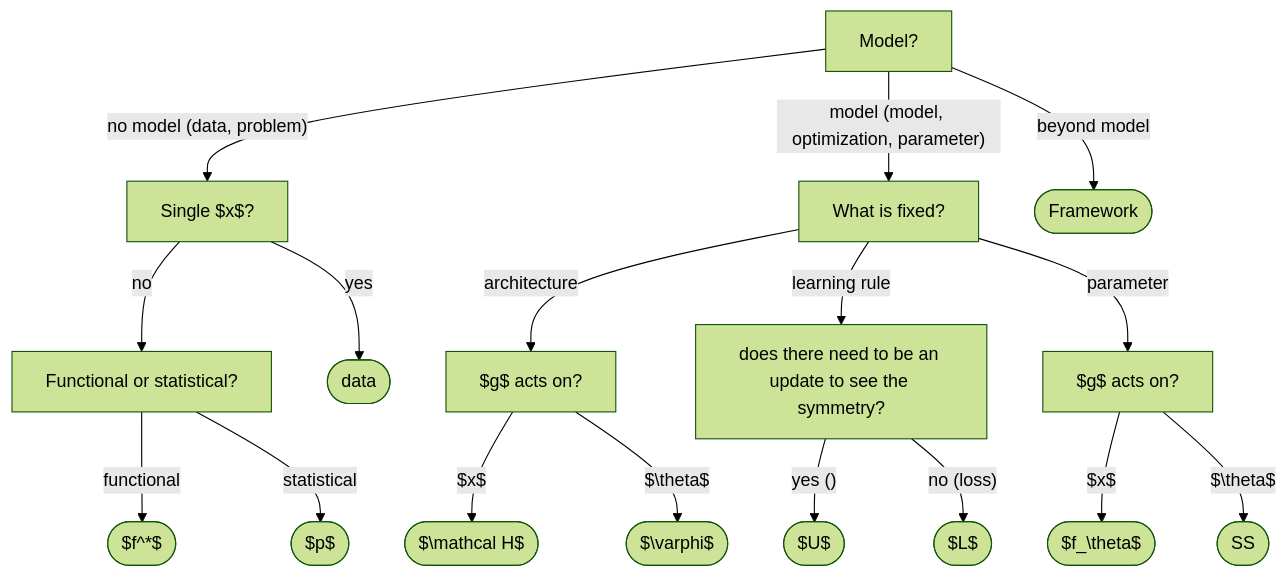
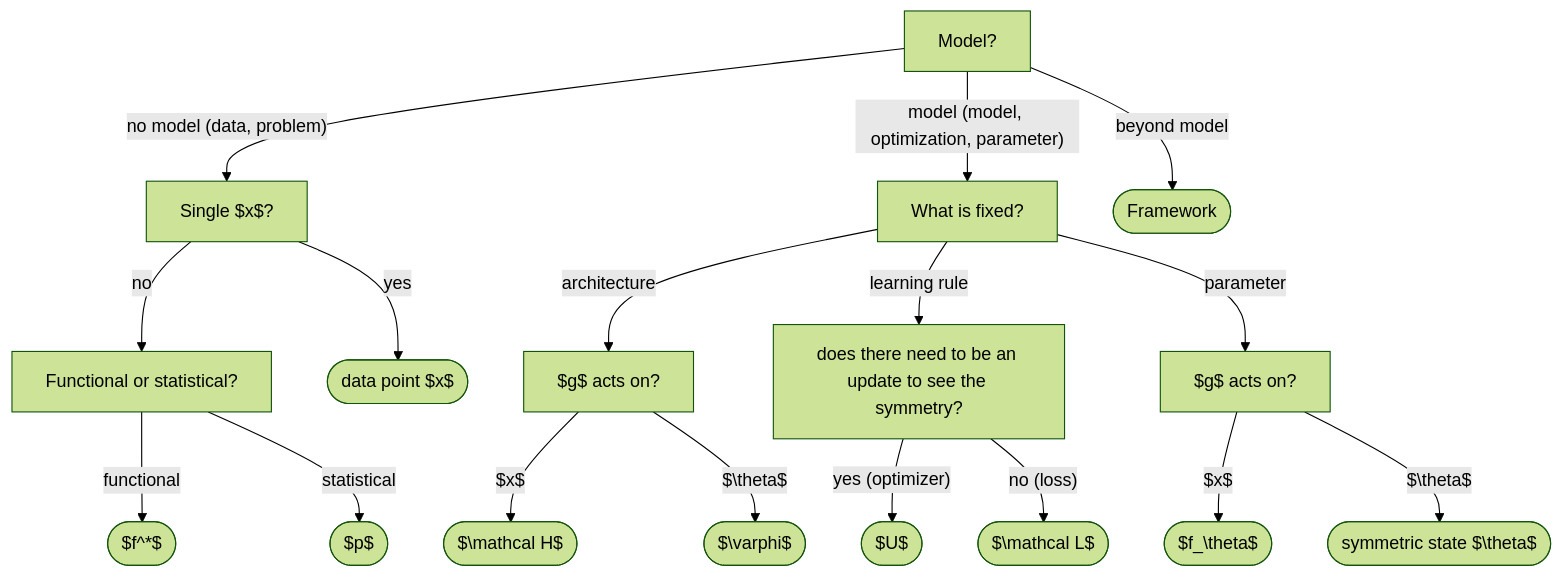
The first of 2 diagrams in figure_conclusion.md (PierrickLeroy/Symmetries-in-Deep-Learning-a-Survey), drawn with Mermaid (forest theme) before and after one commit. The commit also changed other lines of this file, not shown here.

Commit message:
polish fig guidelines

````diff
--- a/figure_conclusion.md
+++ b/figure_conclusion.md
@@ -38,19 +39,19 @@
 ```mermaid
 graph TD
-    n["Model?"] -- no model (data, problem) --> n1["Single $x$?"]
-    n["Model?"] -- model (model, optimization, parameter) --> n2["What is fixed?"]
+    n["Model?"] -- "no model (data, problem)" --> n1["Single $x$?"]
+    n["Model?"] -- "model (model, optimization, parameter)" --> n2["What is fixed?"]
     n["Model?"] -- beyond model --> n3(["Framework"])
     n1 -- no --> n12["Functional or statistical?"]
     n12 -- functional --> n121(["$f^*$"])
     n12 -- statistical --> n122(["$p$"])
-    n1 -- yes --> n11(["data"])
+    n1 -- yes --> n11(["data point $x$"])
     n2 -- architecture --> n21["$g$ acts on?"]
     n2 -- learning rule --> n22["does there need to be an update to see the symmetry?"]
-    n22 -- yes () --> n221([$U$])
-    n22 -- no (loss) --> n222([$L$])
+    n22 -- "yes (optimizer)" --> n221(["$U$"])
+    n22 -- "no (loss)" --> n222(["$\mathcal L$"])
     n2 -- parameter --> n23["$g$ acts on?"]
     n23 -- $x$ --> n231(["$f_\theta$"])
-    n23 -- $\theta$ --> n232(["SS"])
+    n23 -- $\theta$ --> n232(["symmetric state $\theta$"])
     n21 -- $x$ --> n211(["$\mathcal H$"])
     n21 -- $\theta$ --> n212(["$\varphi$"])
 ```
````
